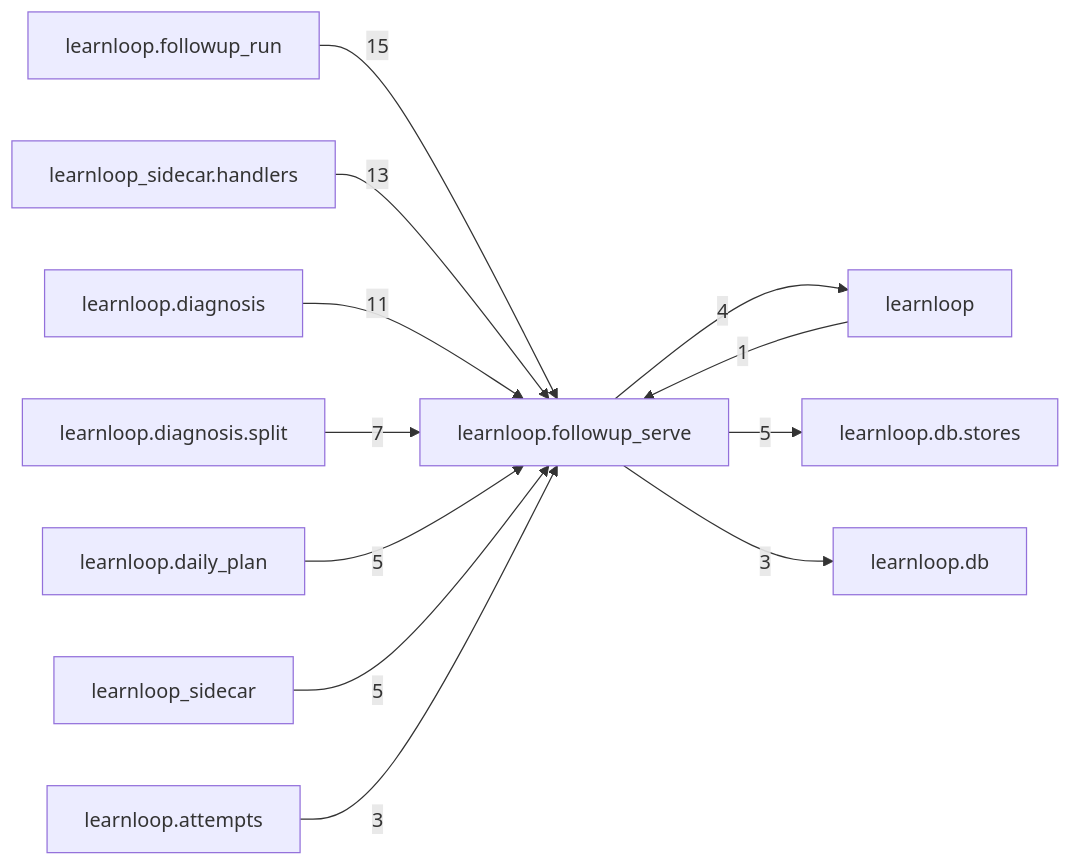
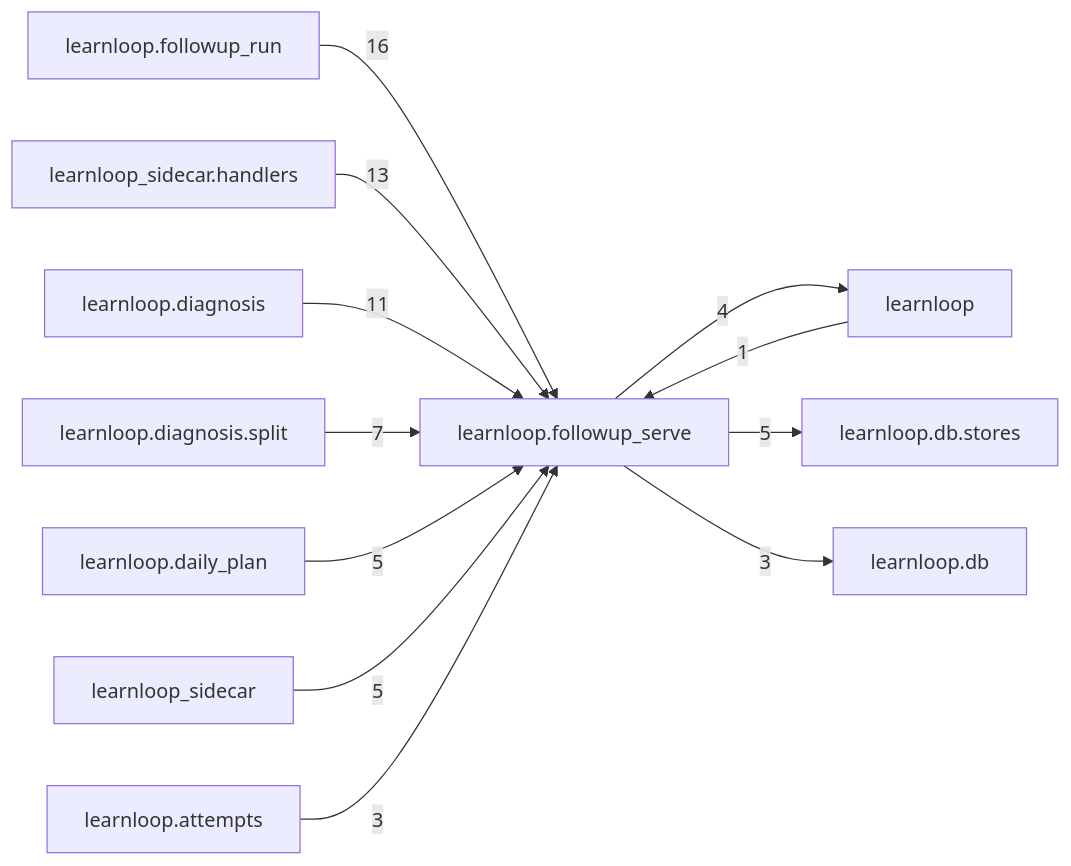
The diagram in docs/learnloop-architecture-vault/Reference/Modules/learnloop/followup_serve/_package.md (6up-b/learnanything), drawn with Mermaid before and after one commit. The commit also changed other lines of this file and 533 other files, not shown here.

````diff
--- a/docs/learnloop-architecture-vault/Reference/Modules/learnloop/followup_serve/_package.md
+++ b/docs/learnloop-architecture-vault/Reference/Modules/learnloop/followup_serve/_package.md
@@ -87,25 +87,25 @@
 ```mermaid
 flowchart LR
     center["learnloop.followup_serve"]
     n_learnloop_followup_run["learnloop.followup_run"]
     n_learnloop_sidecar_handlers["learnloop_sidecar.handlers"]
     n_learnloop_diagnosis["learnloop.diagnosis"]
     n_learnloop_diagnosis_split["learnloop.diagnosis.split"]
     n_learnloop["learnloop"]
     n_learnloop_daily_plan["learnloop.daily_plan"]
     n_learnloop_db_stores["learnloop.db.stores"]
     n_learnloop_sidecar["learnloop_sidecar"]
     n_learnloop_attempts["learnloop.attempts"]
     n_learnloop_db["learnloop.db"]
-    n_learnloop_followup_run -->|15| center
+    n_learnloop_followup_run -->|16| center
     n_learnloop_sidecar_handlers -->|13| center
     n_learnloop_diagnosis -->|11| center
     n_learnloop_diagnosis_split -->|7| center
     n_learnloop -->|1| center
     center -->|4| n_learnloop
     n_learnloop_daily_plan -->|5| center
     center -->|5| n_learnloop_db_stores
     n_learnloop_sidecar -->|5| center
     n_learnloop_attempts -->|3| center
     center -->|3| n_learnloop_db
 ```
````
